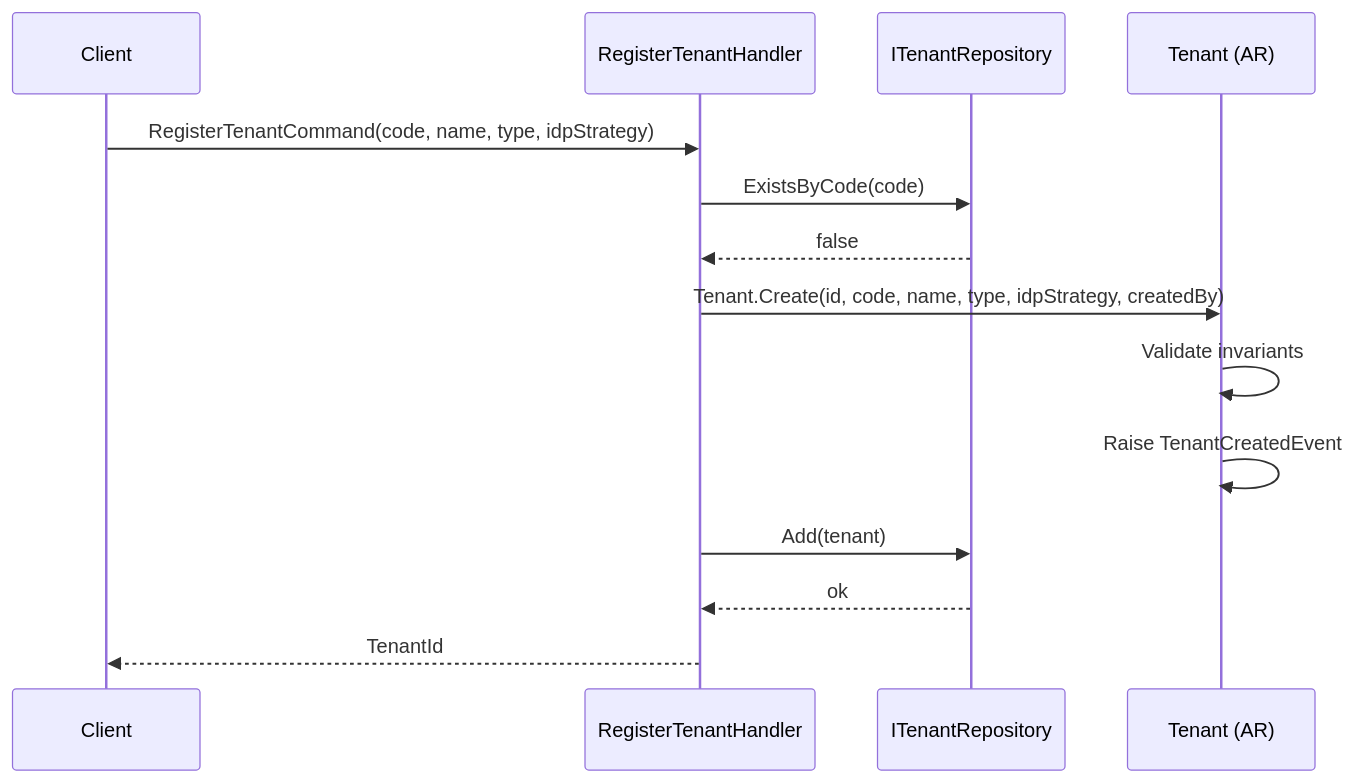
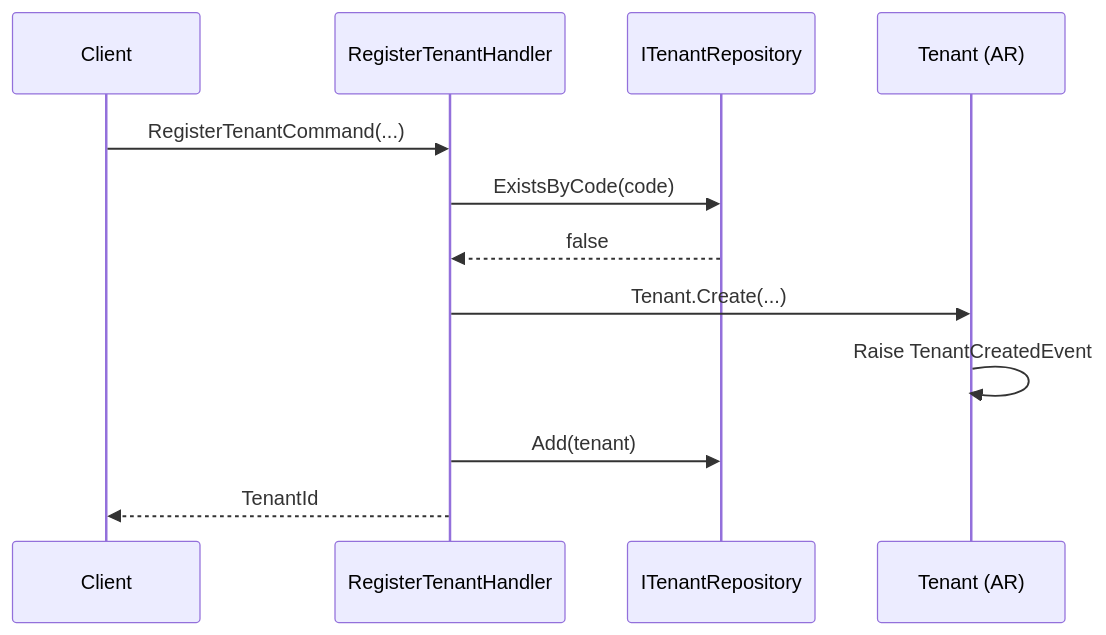
One commit to beyondnetcode/ums changed the first of 6 diagrams in docs/domain/identity/tenant.md. Above: the diagram before and after it, drawn with Mermaid. The commit also changed other lines of this file and 19 other files, not shown here.

````diff
--- a/docs/domain/identity/tenant.md
+++ b/docs/domain/identity/tenant.md
@@ -143,17 +168,15 @@
 ```mermaid
 sequenceDiagram
     participant C as Client
     participant H as RegisterTenantHandler
     participant R as ITenantRepository
     participant T as Tenant (AR)
 
-    C->>H: RegisterTenantCommand(code, name, type, idpStrategy)
+    C->>H: RegisterTenantCommand(...)
     H->>R: ExistsByCode(code)
     R-->>H: false
-    H->>T: Tenant.Create(id, code, name, type, idpStrategy, createdBy)
-    T->>T: Validate invariants
+    H->>T: Tenant.Create(...)
     T->>T: Raise TenantCreatedEvent
     H->>R: Add(tenant)
-    R-->>H: ok
     H-->>C: TenantId
 ```
````
